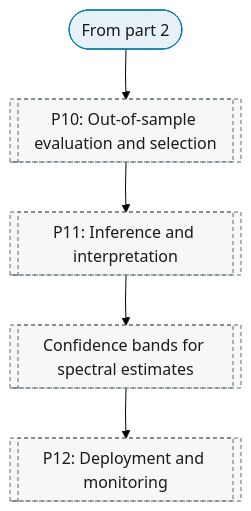
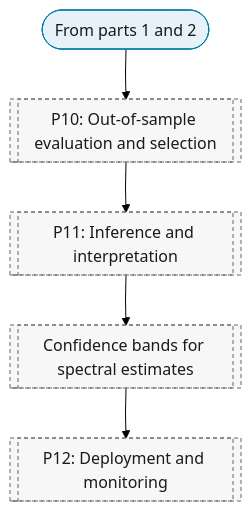
One commit to Shuxin-Y/time-series-analysis-manual changed the third of 3 diagrams in docs/01-workflow/p00-purpose/08-spectral-analysis.md. Above: the diagram before and after it, drawn with Mermaid (forest theme). The commit also changed other lines of this file and 6 other files, not shown here.

First line of the commit message:
feat(master): why-this-order table; purpose charts keep the spine order

````diff
--- a/docs/01-workflow/p00-purpose/08-spectral-analysis.md
+++ b/docs/01-workflow/p00-purpose/08-spectral-analysis.md
@@ -70,18 +71,18 @@
 ```mermaid
 %%{init: {"flowchart": {"curve": "linear"}}}%%
 graph TD
-    P0_SP_PART_3_IN(["From part 2"]) --> P10[["P10: Out-of-sample evaluation and selection"]]
+    P0_SP_PART_3_IN(["From parts 1 and 2"]) --> P10[["P10: Out-of-sample evaluation and selection"]]
     P10 --> P11[["P11: Inference and interpretation"]]
     P11 --> P11_SPECTRAL_BANDS[["Confidence bands for spectral estimates"]]
     P11_SPECTRAL_BANDS --> P12[["P12: Deployment and monitoring"]]
     class P0_SP_PART_3_IN terminator
     class P10,P11,P11_SPECTRAL_BANDS,P12 ref
     classDef terminator fill:#E6F2F7,stroke:#007BA7,color:#1A1A1A;
     classDef process fill:#FFFFFF,stroke:#5A6B73,color:#1A1A1A;
     classDef decision fill:#EFE7F0,stroke:#9B7FA7,color:#1A1A1A;
     classDef data fill:#FFF4E0,stroke:#C9A55E,color:#1A1A1A;
     classDef good fill:#DCEFD8,stroke:#4A7A3F,color:#1A1A1A;
     classDef escalate fill:#FFE9C2,stroke:#C9A55E,color:#1A1A1A;
     classDef problem fill:#F2D9DE,stroke:#800020,color:#1A1A1A;
     classDef ref fill:#F7F7F7,stroke:#5A6B73,color:#1A1A1A,stroke-dasharray:4 3;
 ```
````
